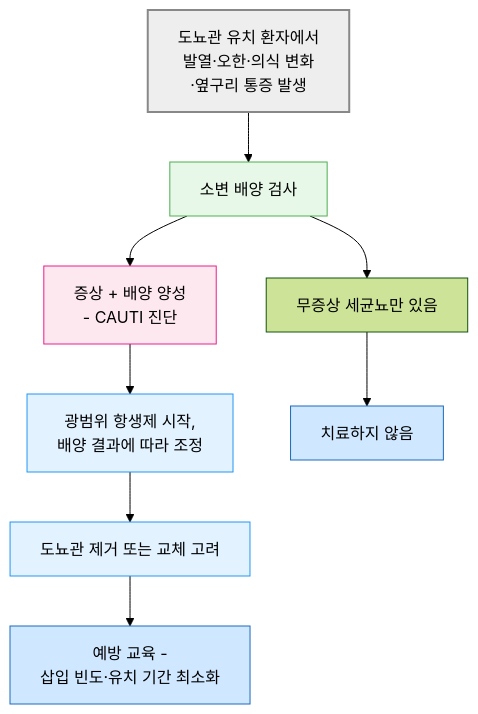
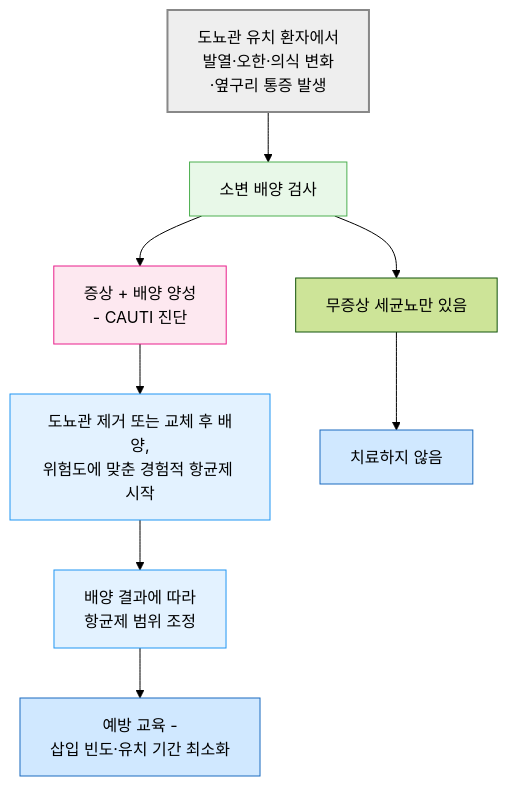
The third of 5 diagrams in 227_/113_-urinary-tract-infection.md (familyoh77/familyoh77), drawn with Mermaid (forest theme) before and after one commit. The commit also changed other lines of this file and 7 other files, not shown here.

````diff
--- a/227_/113_-urinary-tract-infection.md
+++ b/227_/113_-urinary-tract-infection.md
@@ -233,18 +232,18 @@
 ```mermaid
 graph TD
     A["도뇨관 유치 환자에서 <br/>발열·오한·의식 변화<br/>·옆구리 통증 발생"] 
 --> B["소변 배양 검사"]
     B --> C["증상 + 배양 양성 <br/>- CAUTI 진단"]
     B --> G["무증상 세균뇨만 있음"]
-    C --> D["광범위 항생제 시작, <br/>배양 결과에 따라 조정"]
-    D --> E["도뇨관 제거 또는 교체 고려"]
+    C --> D["도뇨관 제거 또는 교체 후 배양,<br/>위험도에 맞춘 경험적 항균제 시작"]
+    D --> E["배양 결과에 따라<br/>항균제 범위 조정"]
     E --> F["예방 교육 - <br/>삽입 빈도·유치 기간 최소화"]
     G --> H["치료하지 않음"]
 style A fill:#eeeeee,stroke:#888888,stroke-width:2px
 style B fill:#e8f8e8,stroke:#4caf50
 style C fill:#fde8f0,stroke:#e91e8c
 classDef sky fill:#e3f2ff,stroke:#2196f3
 class D,E sky
 classDef blue fill:#d0e8ff,stroke:#1a6abf
 class H,F blue
 ```
````
